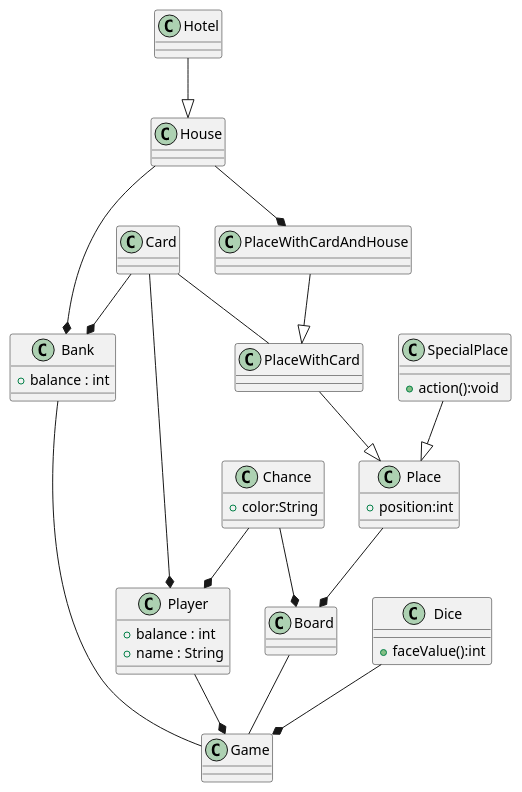
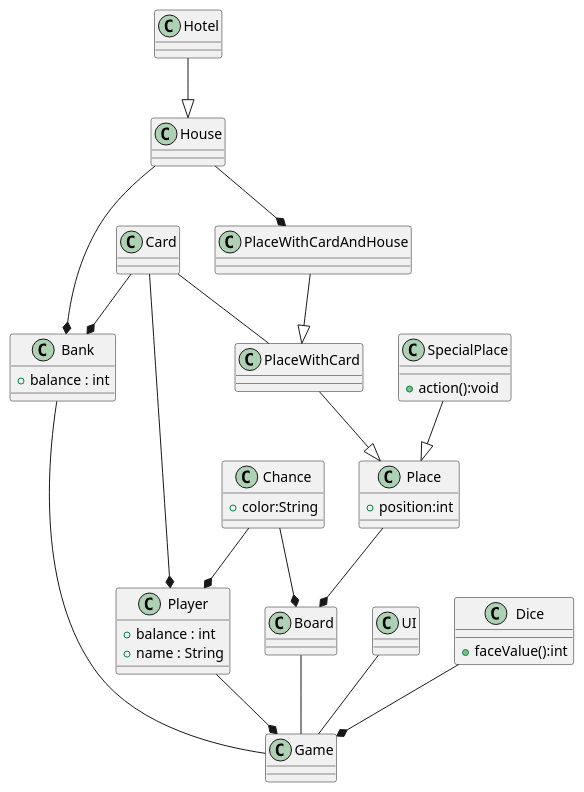
One commit to kpodlaski/ProjObj2019 changed the diagram in zaoczne/gr1/monopoly/class_diagram.plantuml. Above: the diagram before and after it, drawn with PlantUML. The commit also changed 1 other file, not shown here.

```diff
--- a/zaoczne/gr1/monopoly/class_diagram.plantuml
+++ b/zaoczne/gr1/monopoly/class_diagram.plantuml
@@ -1,48 +1,50 @@
 @startuml
 class Player{
     +balance : int
     +name : String
 }
 class Bank{
     'we can allow infinite balance in bank
     +balance : int
 }
 class Game {}
+
+class UI {}
 
 class Board {}
 class Place{
     +position:int
 }
 class SpecialPlace{
     +action():void
 }
 class PlaceWithCard{}
 class PlaceWithCardAndHouse{} 
 class Card{}
 class House{}
 class Hotel{}
 class Dice{
     +faceValue():int
 }
 class Chance{
     +color:String
 }
 
 Player --* Game
 Bank -- Game
 Board -- Game
 Card -- PlaceWithCard
 Place --* Board
 Dice --* Game
 House --* PlaceWithCardAndHouse
 House --* Bank
 Chance --* Board
 Card --* Bank
 Card --* Player
 Chance --* Player
 Hotel --|> House
-
+UI -- Game
 SpecialPlace --|> Place
 PlaceWithCard --|> Place
 PlaceWithCardAndHouse --|> PlaceWithCard
 @enduml
```
